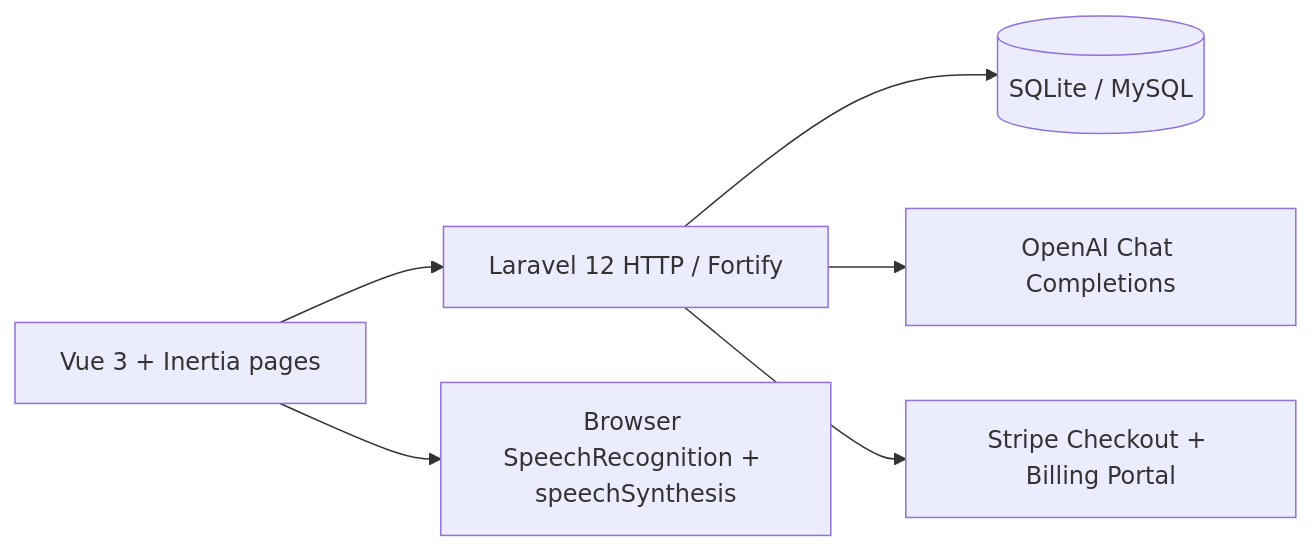
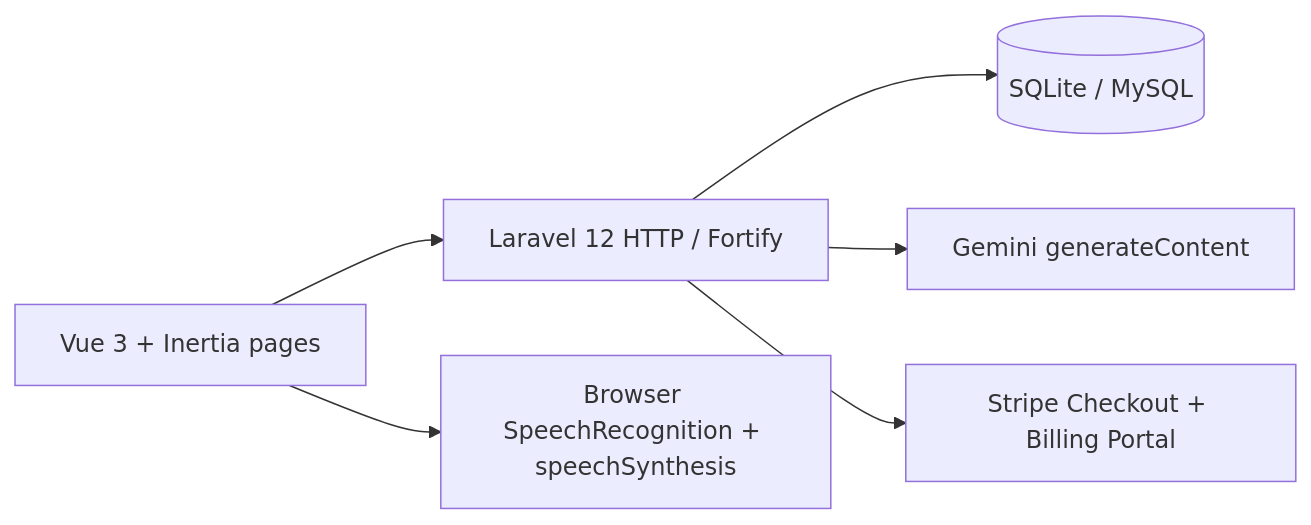
The first of 2 diagrams in docs/architecture.md (TharinduWijayarathna/hirely), drawn with Mermaid before and after one commit. The commit also changed other lines of this file and 29 other files, not shown here.

Commit message:
feat: integrate Gemini AI service for question generation and evaluation, replacing OpenAI integration; add Google Text-to-Speech functionality for interviews, including audio synthesis and media management features

````diff
--- a/docs/architecture.md
+++ b/docs/architecture.md
@@ -14,15 +14,15 @@
 ```mermaid
 flowchart LR
   Browser["Vue 3 + Inertia pages"]
   Laravel["Laravel 12 HTTP / Fortify"]
   DB[(SQLite / MySQL)]
-  OpenAI["OpenAI Chat Completions"]
+  Gemini["Gemini generateContent"]
   Stripe["Stripe Checkout + Billing Portal"]
   Speech["Browser SpeechRecognition + speechSynthesis"]
 
   Browser --> Laravel
   Laravel --> DB
-  Laravel --> OpenAI
+  Laravel --> Gemini
   Laravel --> Stripe
   Browser --> Speech
 ```
````
